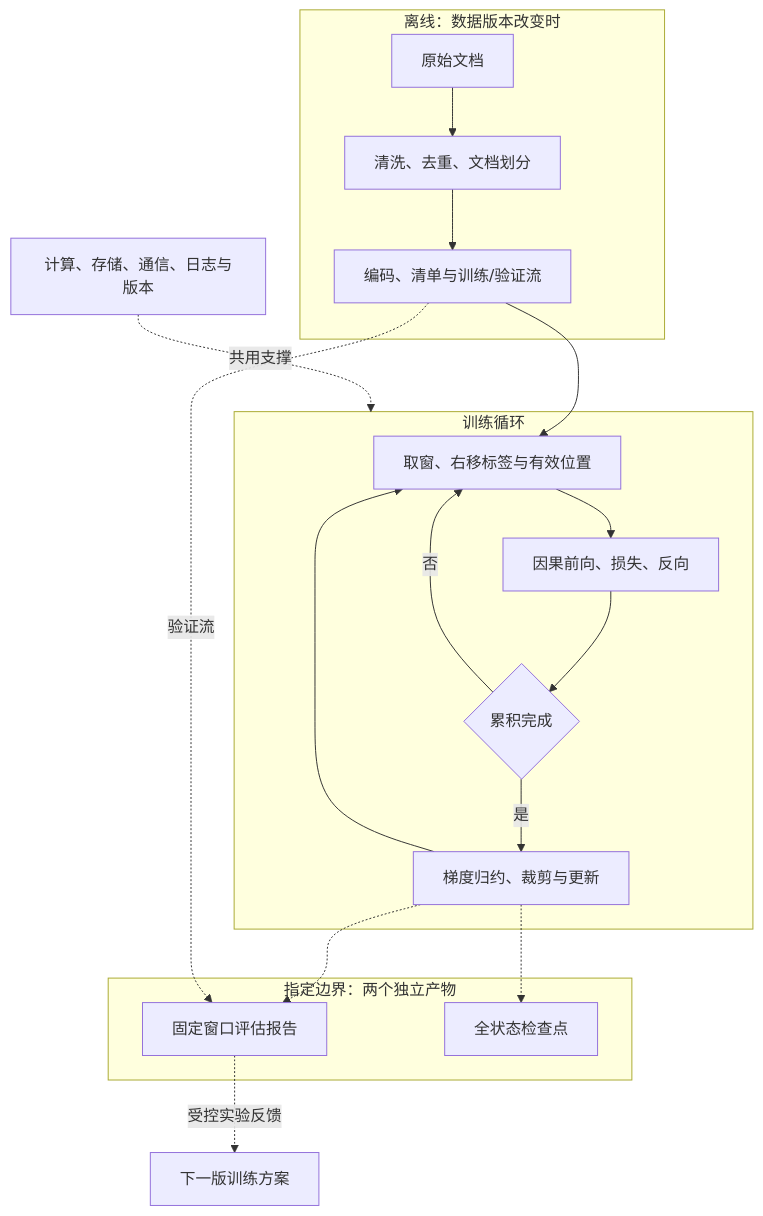
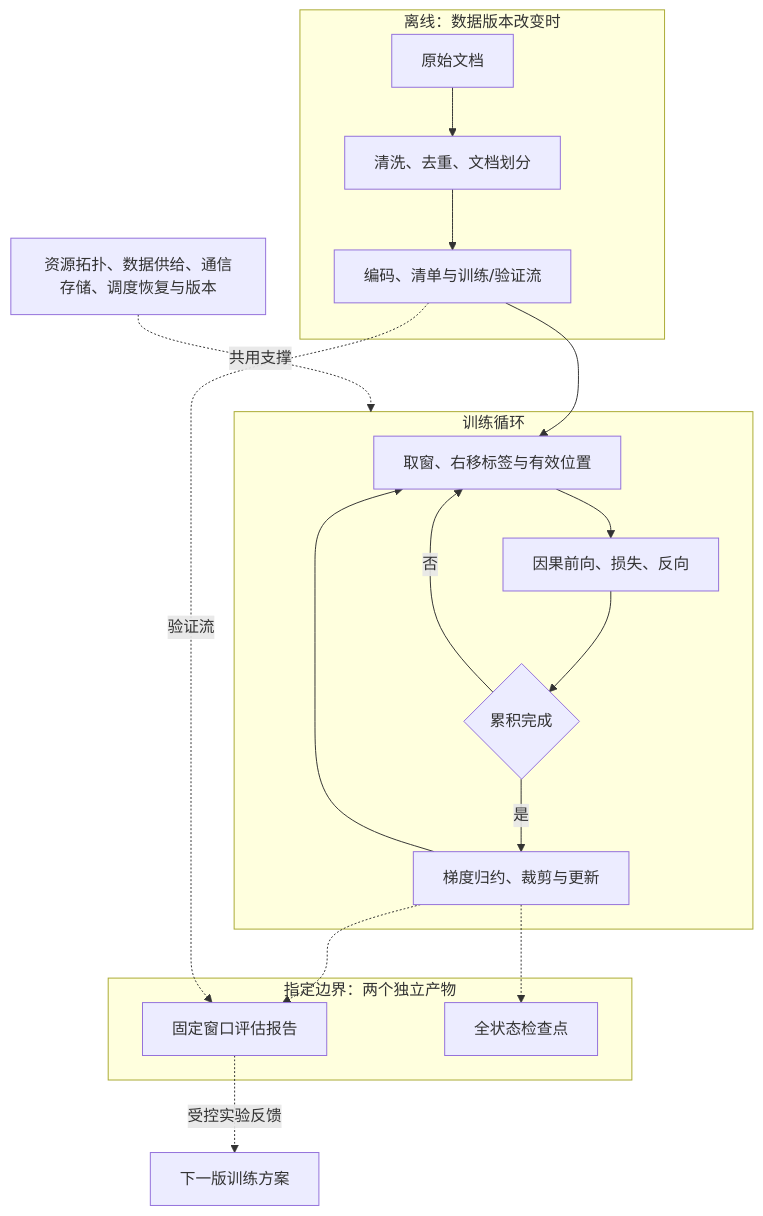
Before and after one commit to cjgogo27/Pretrain: the diagram in README.md, drawn with Mermaid. The commit also changed other lines of this file and 41 other files, not shown here.

````diff
--- a/README.md
+++ b/README.md
@@ -27,23 +27,23 @@
 ```mermaid
 flowchart TD
   subgraph OFF[离线：数据版本改变时]
     A[原始文档] --> B[清洗、去重、文档划分] --> C[编码、清单与训练/验证流]
   end
   subgraph LOOP[训练循环]
     D[取窗、右移标签与有效位置] --> E[因果前向、损失、反向]
     E --> F{累积完成}
     F -->|否| D
     F -->|是| G[梯度归约、裁剪与更新]
     G --> D
   end
   C --> D
   subgraph STAGE[指定边界：两个独立产物]
     J[固定窗口评估报告]
     K[全状态检查点]
   end
   G -.-> J
   G -.-> K
   C -.验证流.-> J
   J -.受控实验反馈.-> P[下一版训练方案]
-  H[计算、存储、通信、日志与版本] -.共用支撑.-> LOOP
+  H[资源拓扑、数据供给、通信存储、调度恢复与版本] -.共用支撑.-> LOOP
 ```
````
